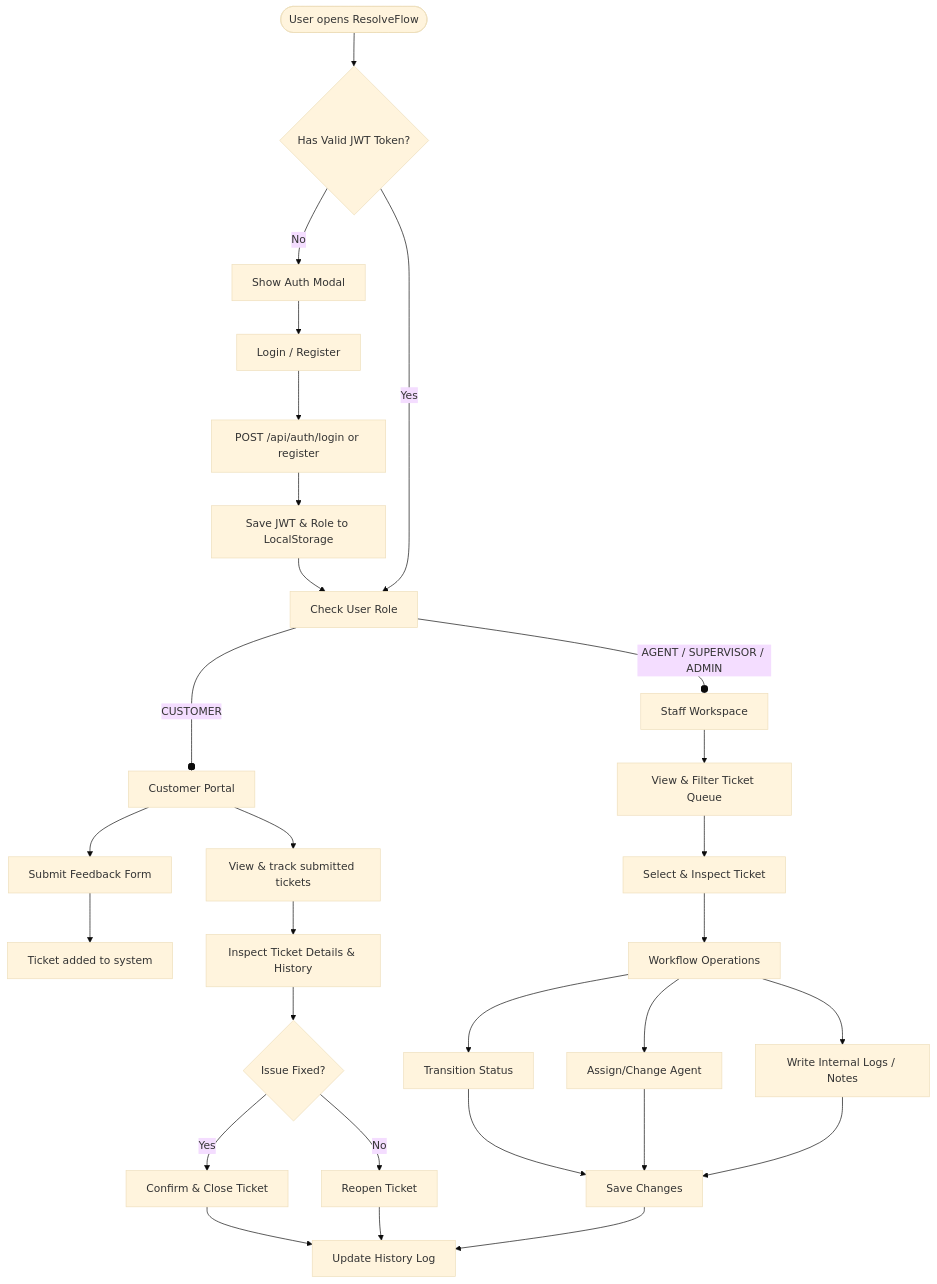
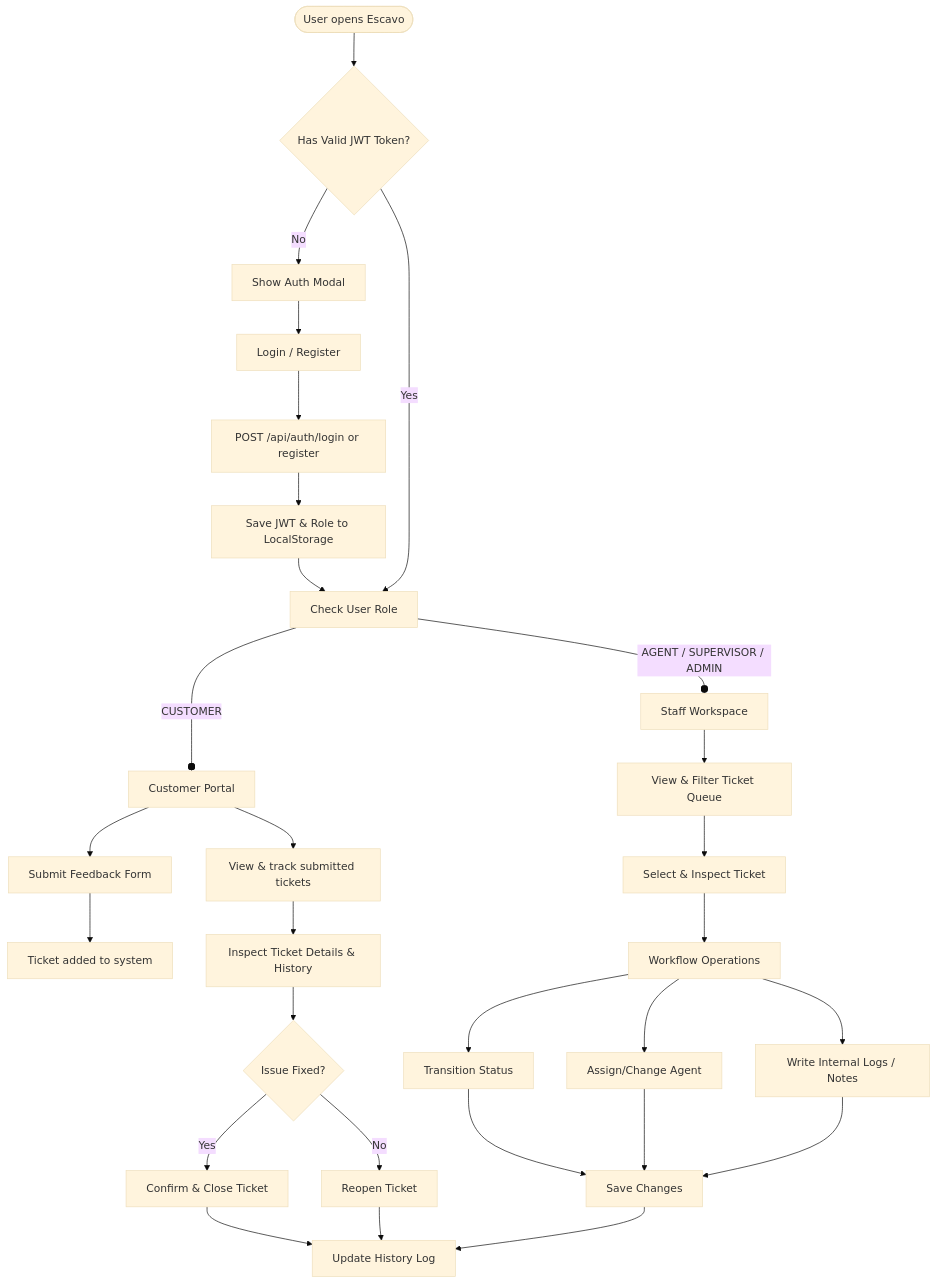
The second of 2 diagrams in README.md (rtharanika100-cloud/FeedbackSystem), drawn with Mermaid (base theme) before and after one commit. The commit also changed other lines of this file and 2 other files, not shown here.

Commit message:
Update application branding from ResolveFlow to Escavo

````diff
--- a/README.md
+++ b/README.md
@@ -82,35 +82,35 @@
 ```mermaid
 flowchart TD
-    Start([User opens ResolveFlow]) --> SessionCheck{Has Valid JWT Token?}
+    Start([User opens Escavo]) --> SessionCheck{Has Valid JWT Token?}
     
     %% Auth Flow
     SessionCheck -- No --> AuthModal[Show Auth Modal]
     AuthModal --> Login[Login / Register]
     Login --> AuthAPI[POST /api/auth/login or register]
     AuthAPI --> SaveJWT[Save JWT & Role to LocalStorage]
     SaveJWT --> PanelRouter
     
     SessionCheck -- Yes --> PanelRouter[Check User Role]
     
     %% Customer Flow
     PanelRouter -- CUSTOMER --o CustomerPortal[Customer Portal]
     CustomerPortal --> SubmitFB[Submit Feedback Form]
     SubmitFB --> SaveTicket[Ticket added to system]
     CustomerPortal --> TrackTickets[View & track submitted tickets]
     TrackTickets --> InspectTicketCustomer[Inspect Ticket Details & History]
     InspectTicketCustomer --> ResolveCheck{Issue Fixed?}
     ResolveCheck -- Yes --> ConfirmClose[Confirm & Close Ticket]
     ResolveCheck -- No --> ReopenTicket[Reopen Ticket]
     ConfirmClose & ReopenTicket --> UpdateLog[Update History Log]
 
     %% Staff Flow
     PanelRouter -- AGENT / SUPERVISOR / ADMIN --o StaffWorkspace[Staff Workspace]
     StaffWorkspace --> ViewQueue[View & Filter Ticket Queue]
     ViewQueue --> SelectTicket[Select & Inspect Ticket]
     SelectTicket --> PerformOps[Workflow Operations]
     PerformOps --> AssignAgent[Assign/Change Agent]
     PerformOps --> TransitionStatus[Transition Status]
     PerformOps --> InputNotes[Write Internal Logs / Notes]
     TransitionStatus & AssignAgent & InputNotes --> SaveChanges[Save Changes]
     SaveChanges --> UpdateLog
 ```
````
